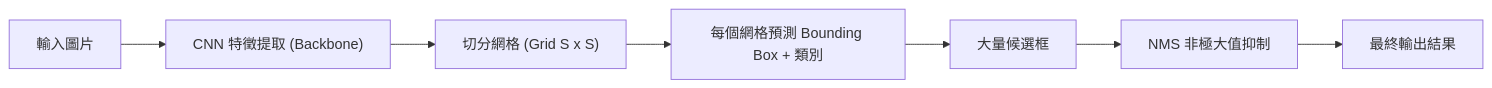
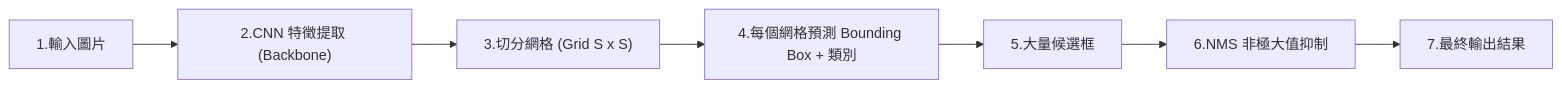
Before and after one commit to ksharry/30-Days-Of-ML: the diagram in day32/README.md, drawn with Mermaid. The commit also changed other lines of this file, not shown here.

````diff
--- a/day32/README.md
+++ b/day32/README.md
@@ -71,9 +85,9 @@
 ```mermaid
 graph LR
-    Input["輸入圖片"] --> CNN["CNN 特徵提取 (Backbone)"]
-    CNN --> Grid["切分網格 (Grid S x S)"]
-    Grid --> Predict["每個網格預測 Bounding Box + 類別"]
-    Predict --> Raw["大量候選框"]
-    Raw --> NMS["NMS 非極大值抑制"]
-    NMS --> Output["最終輸出結果"]
+    Input["1.輸入圖片"] --> CNN["2.CNN 特徵提取 (Backbone)"]
+    CNN --> Grid["3.切分網格 (Grid S x S)"]
+    Grid --> Predict["4.每個網格預測 Bounding Box + 類別"]
+    Predict --> Raw["5.大量候選框"]
+    Raw --> NMS["6.NMS 非極大值抑制"]
+    NMS --> Output["7.最終輸出結果"]
 ```
````
